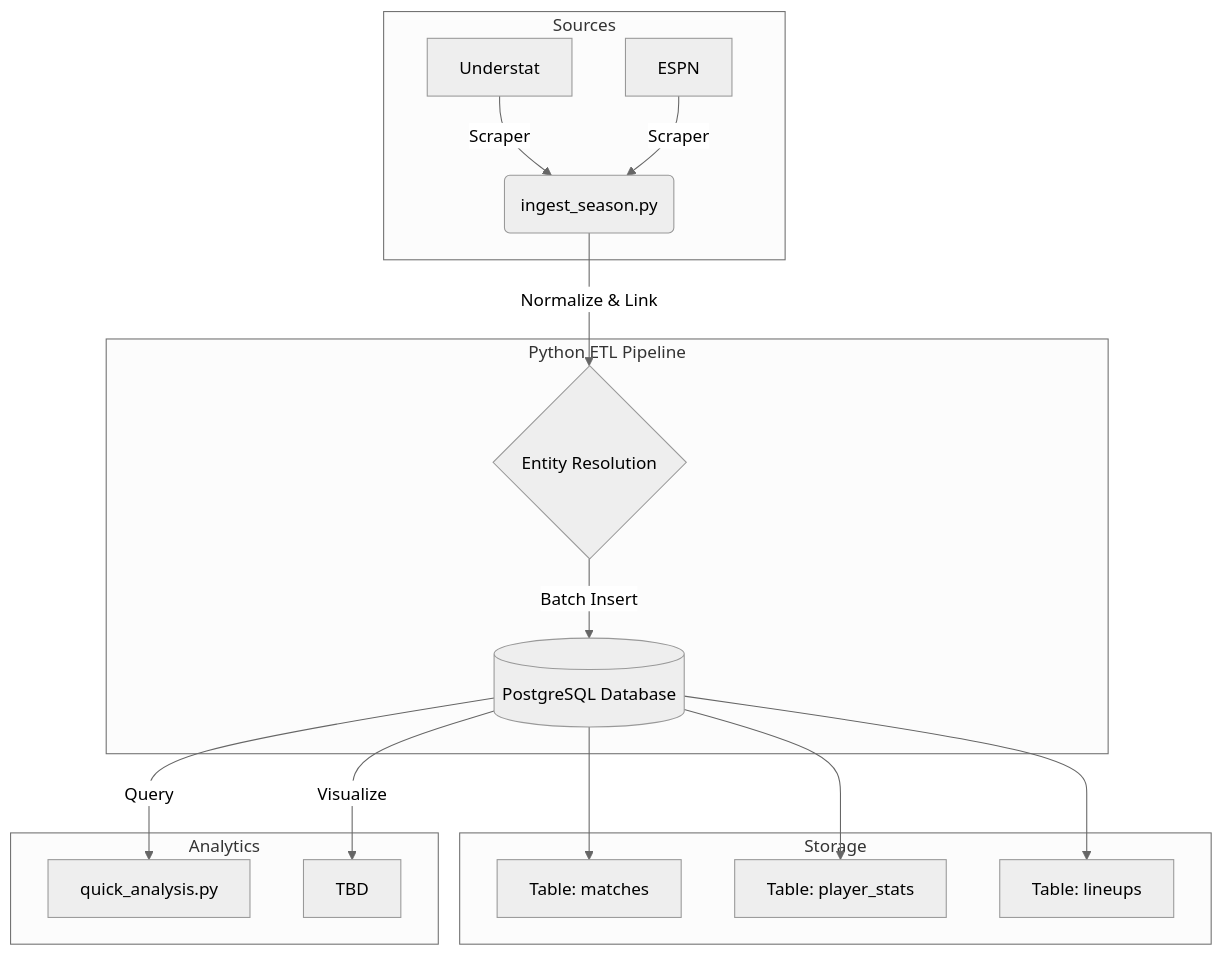
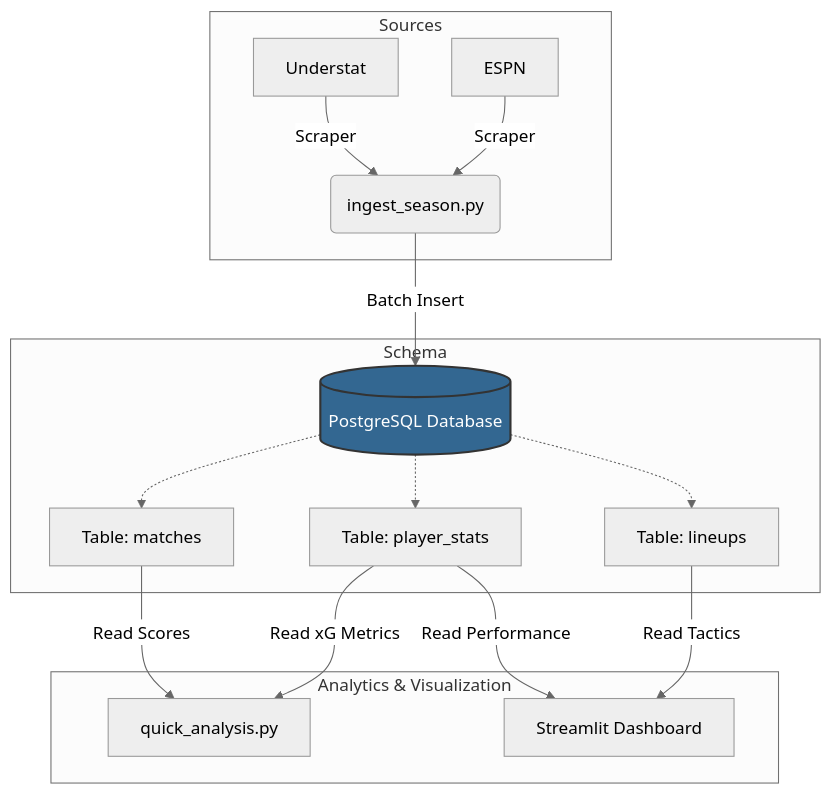
The diagram in README.md (lucasavila23/spanish_football_analytics), drawn with Mermaid (neutral theme) before and after one commit.

Commit message:
Mermaid System Architecture

````diff
--- a/README.md
+++ b/README.md
@@ -26,23 +26,29 @@
 ```mermaid
 graph TD
+    %% 1. The Source Layer
     subgraph Sources
         A[Understat] -->|Scraper| C(ingest_season.py)
         B[ESPN] -->|Scraper| C
     end
 
-    subgraph "Python ETL Pipeline"
-        C -->|Normalize & Link| D{Entity Resolution}
-        D -->|Batch Insert| E[(PostgreSQL Database)]
+    %% 2. The Storage Layer (The Hub)
+    C -->|Batch Insert| DB[(PostgreSQL Database)]
+    
+    subgraph Schema
+        DB -.-> T1[Table: matches]
+        DB -.-> T2[Table: player_stats]
+        DB -.-> T3[Table: lineups]
     end
 
-    subgraph "Storage"
-        E --> F[Table: matches]
-        E --> G[Table: player_stats]
-        E --> H[Table: lineups]
+    %% 3. The Analytics Layer
+    subgraph "Analytics & Visualization"
+        T1 -->|Read Scores| G[quick_analysis.py]
+        T2 -->|Read xG Metrics| G
+        
+        T2 -->|Read Performance| H[Streamlit Dashboard]
+        T3 -->|Read Tactics| H
     end
-
-    subgraph "Analytics"
-        E -->|Query| I[quick_analysis.py]
-        E -->|Visualize| J[TBD]
-    end
+    
+    %% Styling for the cool cylinder
+    style DB fill:#336791,stroke:#333,stroke-width:2px,color:#fff
 ```
````
